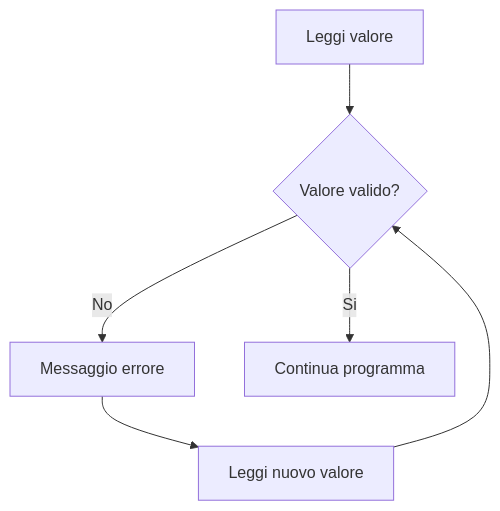
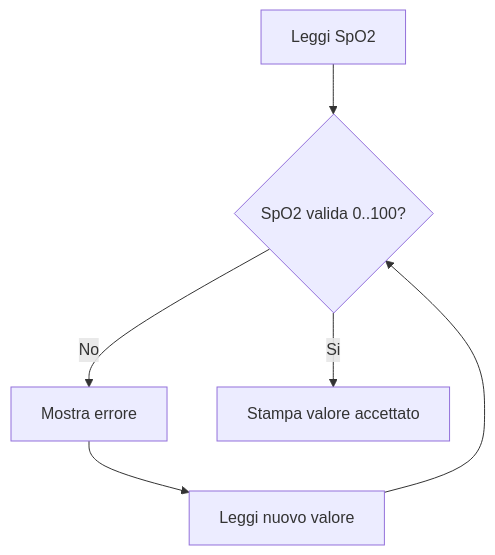
Before and after one commit to lucadagati/Lab_Fondamenti_di_Informatica_25_26: the third of 10 diagrams in 03-matlab-strutture-controllo/README.md, drawn with Mermaid. The commit also changed other lines of this file, not shown here.

First line of the commit message:
Lab 3 README pronto studenti: solo MATLAB e flowchart per ogni esercizio

````diff
--- a/03-matlab-strutture-controllo/README.md
+++ b/03-matlab-strutture-controllo/README.md
@@ -82,8 +99,8 @@
 ```mermaid
 flowchart TD
-    A[Leggi valore] --> B{Valore valido?}
-    B -- No --> C[Messaggio errore]
+    A[Leggi SpO2] --> B{SpO2 valida 0..100?}
+    B -- No --> C[Mostra errore]
     C --> D[Leggi nuovo valore]
     D --> B
-    B -- Si --> E[Continua programma]
+    B -- Si --> E[Stampa valore accettato]
 ```
````
